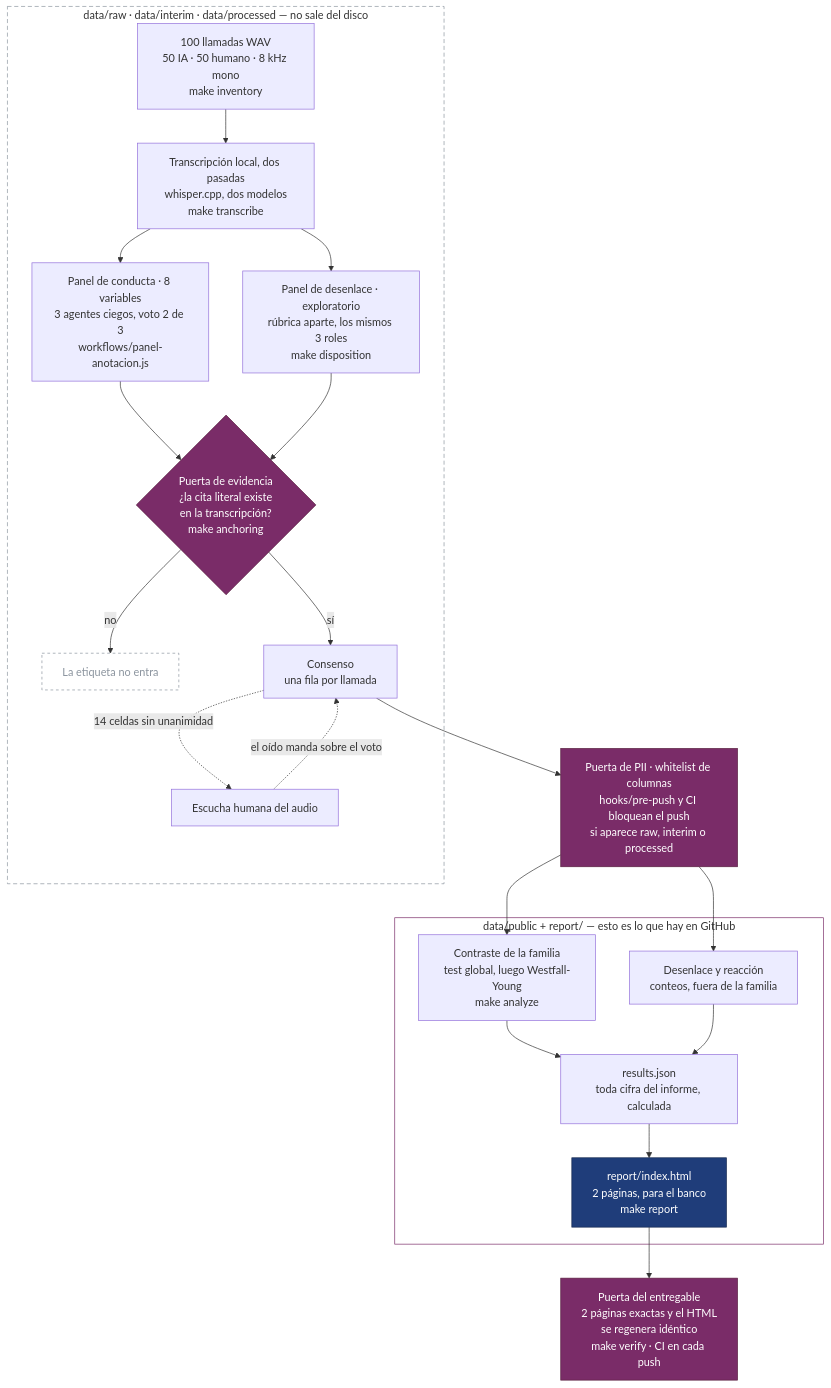
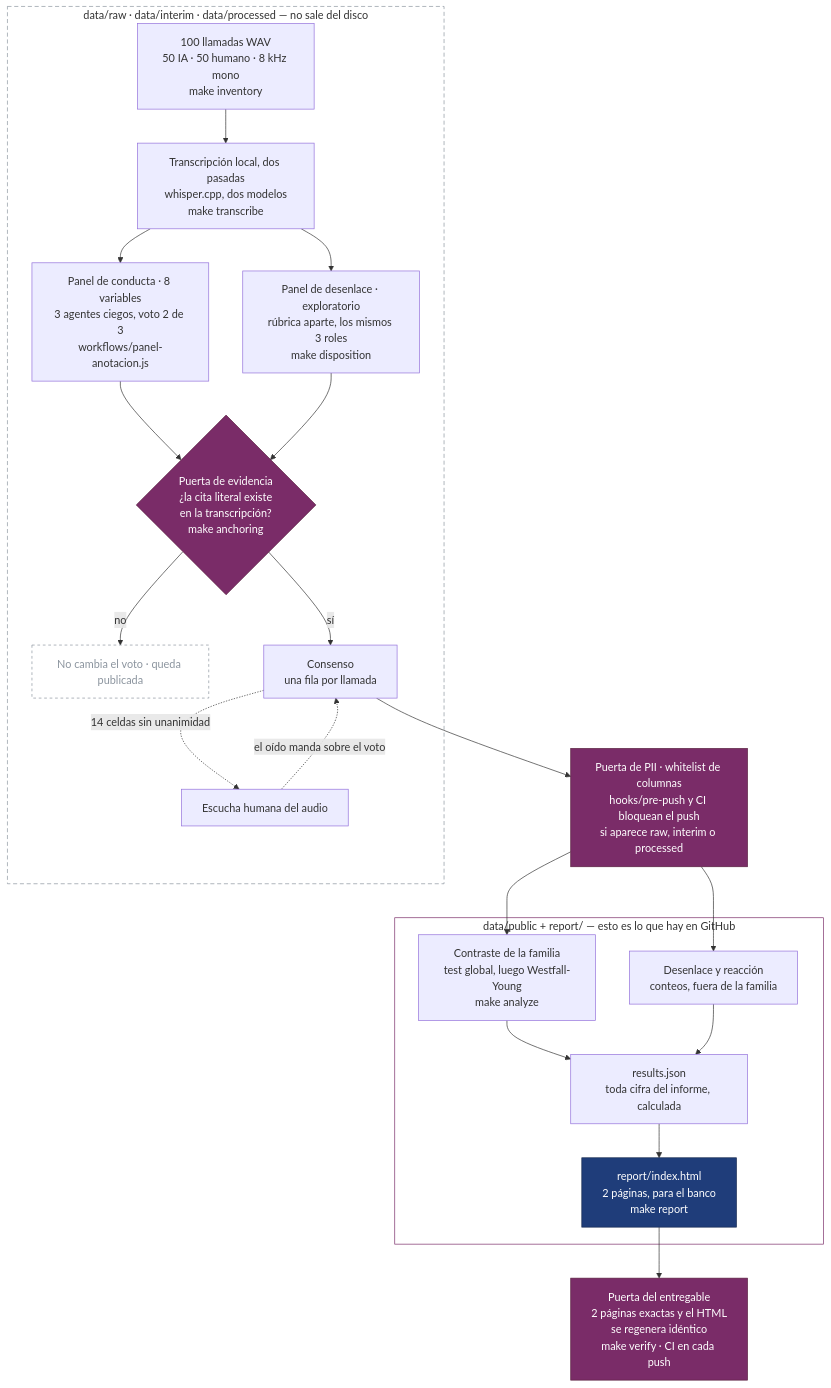
Before and after one commit to mauriciosf2004/crecere-humanos-vs-ia: the diagram in README.md, drawn with Mermaid. The commit also changed other lines of this file and 6 other files, not shown here.

````diff
--- a/README.md
+++ b/README.md
@@ -24,50 +24,50 @@
 ```mermaid
 flowchart TD
     subgraph priv["data/raw · data/interim · data/processed — no sale del disco"]
         A["100 llamadas WAV<br/>50 IA · 50 humano · 8 kHz mono<br/>make inventory"]
         B["Transcripción local, dos pasadas<br/>whisper.cpp, dos modelos<br/>make transcribe"]
         P1["Panel de conducta · 8 variables<br/>3 agentes ciegos, voto 2 de 3<br/>workflows/panel-anotacion.js"]
         P2["Panel de desenlace · exploratorio<br/>rúbrica aparte, los mismos 3 roles<br/>make disposition"]
         Q{"Puerta de evidencia<br/>¿la cita literal existe<br/>en la transcripción?<br/>make anchoring"}
-        X["La etiqueta no entra"]
+        X["No cambia el voto · queda publicada"]
         C["Consenso<br/>una fila por llamada"]
         E["Escucha humana del audio"]
     end
 
     PII["Puerta de PII · whitelist de columnas<br/>hooks/pre-push y CI bloquean el push<br/>si aparece raw, interim o processed"]
 
     subgraph pub["data/public + report/ — esto es lo que hay en GitHub"]
         S["Contraste de la familia<br/>test global, luego Westfall-Young<br/>make analyze"]
         D["Desenlace y reacción<br/>conteos, fuera de la familia"]
         R["results.json<br/>toda cifra del informe, calculada"]
         H["report/index.html<br/>2 páginas, para el banco<br/>make report"]
     end
 
     V["Puerta del entregable<br/>2 páginas exactas y el HTML<br/>se regenera idéntico<br/>make verify · CI en cada push"]
 
     A --> B
     B --> P1
     B --> P2
     P1 --> Q
     P2 --> Q
     Q -- "no" --> X
     Q -- "sí" --> C
     C -. "14 celdas sin unanimidad" .-> E
     E -. "el oído manda sobre el voto" .-> C
     C --> PII
     PII --> S
     PII --> D
     S --> R
     D --> R
     R --> H
     H --> V
 
     classDef puerta fill:#7a2c68,stroke:#59203f,color:#ffffff
     classDef entrega fill:#1f3d7a,stroke:#16294f,color:#ffffff
     classDef descarte fill:none,stroke:#8b949e,color:#8b949e,stroke-dasharray:4 4
     class Q,PII,V puerta
     class H entrega
     class X descarte
     style priv fill:none,stroke:#8b949e,stroke-dasharray:6 4
     style pub fill:none,stroke:#7a2c68
 ```
````
